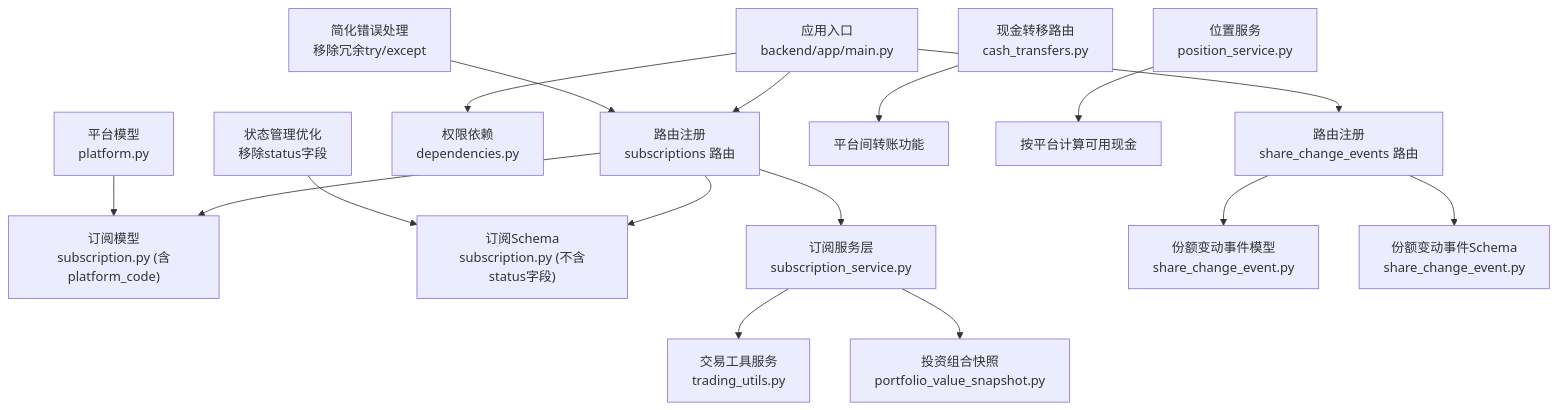
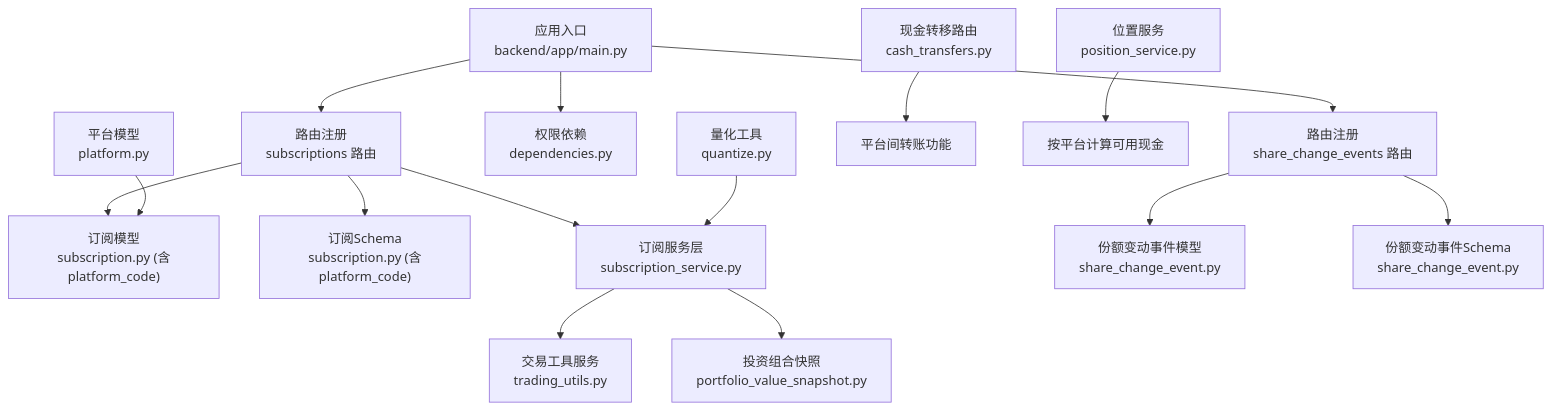
Before and after one commit to gujialind/InvestRing: the first of 8 diagrams in .qoder/repowiki/zh/content/后端API文档/申购赎回API.md, drawn with Mermaid. The commit also changed other lines of this file and 65 other files, not shown here.

````diff
--- a/.qoder/repowiki/zh/content/后端API文档/申购赎回API.md
+++ b/.qoder/repowiki/zh/content/后端API文档/申购赎回API.md
@@ -71,18 +72,17 @@
 ```mermaid
 graph TB
 A["应用入口<br/>backend/app/main.py"] --> B["路由注册<br/>subscriptions 路由"]
 A --> C["路由注册<br/>share_change_events 路由"]
 B --> D["订阅模型<br/>subscription.py (含platform_code)"]
-B --> E["订阅Schema<br/>subscription.py (不含status字段)"]
+B --> E["订阅Schema<br/>subscription.py (含platform_code)"]
 B --> F["订阅服务层<br/>subscription_service.py"]
 C --> G["份额变动事件模型<br/>share_change_event.py"]
 C --> H["份额变动事件Schema<br/>share_change_event.py"]
 A --> I["权限依赖<br/>dependencies.py"]
 F --> J["交易工具服务<br/>trading_utils.py"]
 F --> K["投资组合快照<br/>portfolio_value_snapshot.py"]
 L["平台模型<br/>platform.py"] --> D
 M["现金转移路由<br/>cash_transfers.py"] --> N["平台间转账功能"]
 O["位置服务<br/>position_service.py"] --> P["按平台计算可用现金"]
-Q["简化错误处理<br/>移除冗余try/except"] --> B
-R["状态管理优化<br/>移除status字段"] --> E
+Q["量化工具<br/>quantize.py"] --> F
 ```
````
